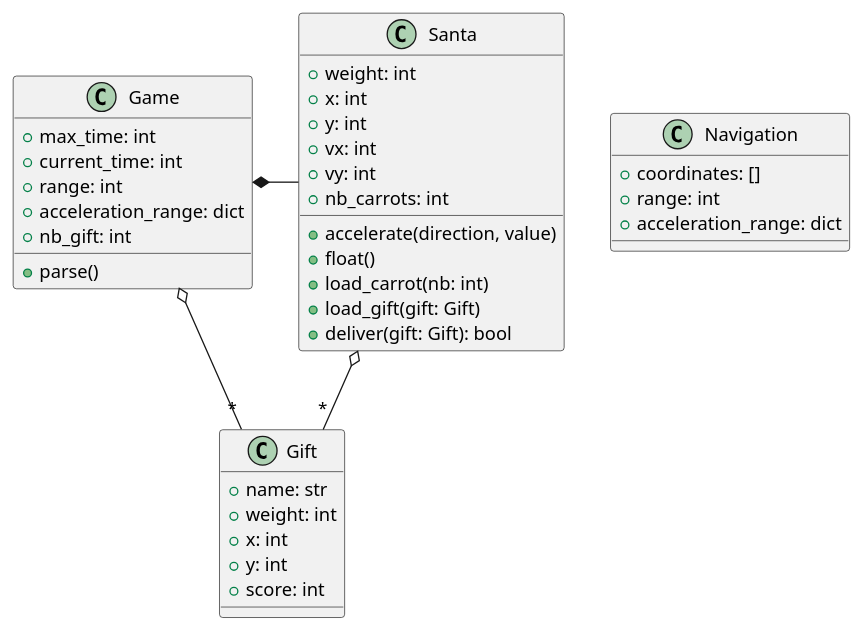
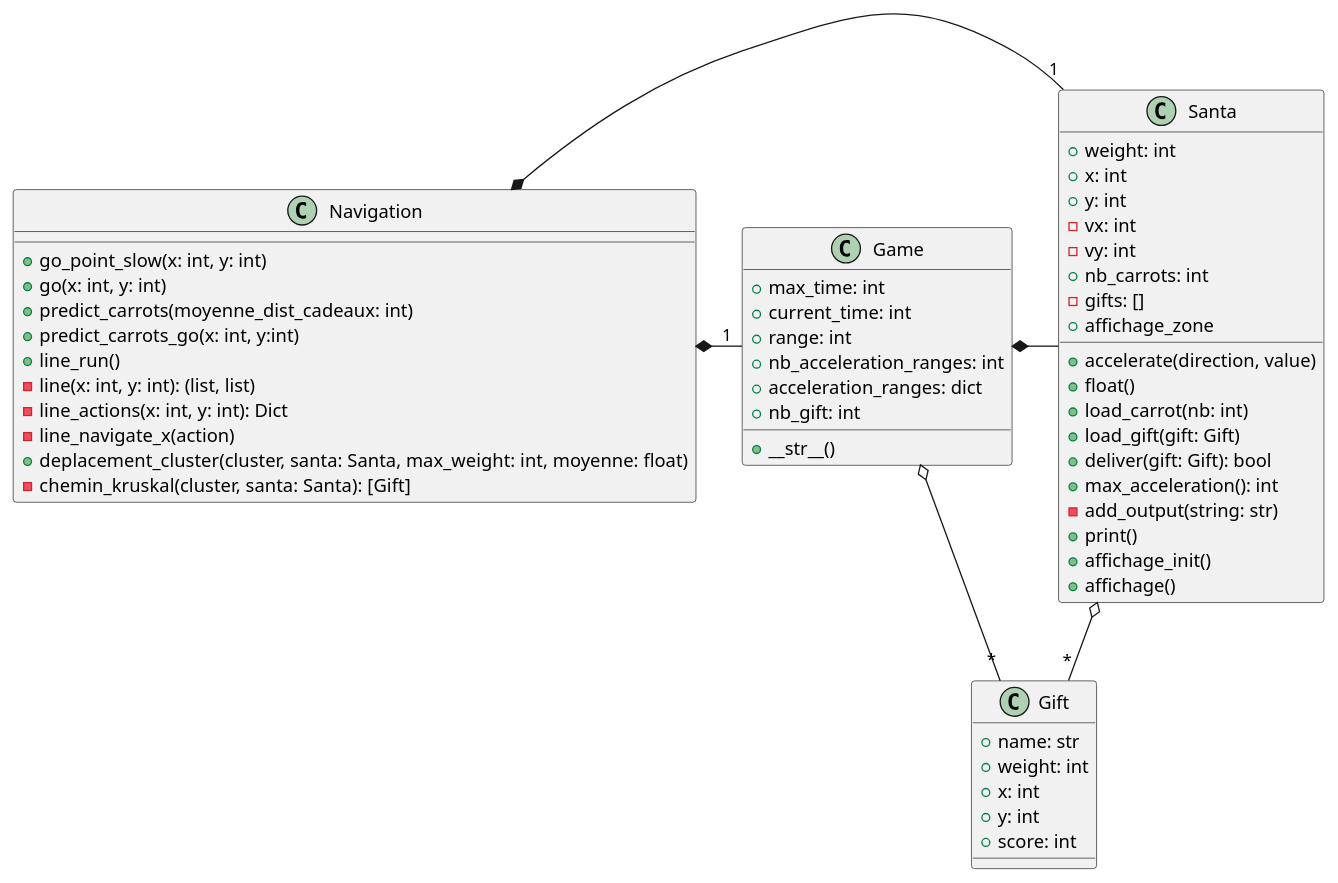
Before and after one commit to Aryissa/polyhash_google_chall: the diagram in diagramm.puml, drawn with PlantUML.

Commit message:
Mise a jour avec les derniere classes

```diff
--- a/diagramm.puml
+++ b/diagramm.puml
@@ -1,42 +1,59 @@
 @startuml
 class Game {
     + max_time: int
     + current_time: int
     + range: int
-    + acceleration_range: dict
+    + nb_acceleration_ranges: int
+    + acceleration_ranges: dict
     + nb_gift: int
-    + parse()
+    + __str__()
 }
 
 class Santa {
     + weight: int
     + x: int
     + y: int
-    + vx: int
-    + vy: int
+    - vx: int
+    - vy: int
     + nb_carrots: int
+    - gifts: []
     + accelerate(direction, value)
     + float()
     + load_carrot(nb: int)
     + load_gift(gift: Gift)
     + deliver(gift: Gift): bool
+    + max_acceleration(): int
+    - add_output(string: str)
+    + print()
+    + affichage_init()
+    + affichage()
+    + affichage_zone
 }
 
 class Gift {
     + name: str
     + weight: int
     + x: int
     + y: int
     + score: int
 }
 
 class Navigation {
-    + coordinates: []
-    + range: int
-    + acceleration_range: dict
+    + go_point_slow(x: int, y: int)
+    + go(x: int, y: int)
+    + predict_carrots(moyenne_dist_cadeaux: int)
+    + predict_carrots_go(x: int, y:int)
+    + line_run()
+    - line(x: int, y: int): (list, list)
+    - line_actions(x: int, y: int): Dict
+    - line_navigate_x(action)
+    + deplacement_cluster(cluster, santa: Santa, max_weight: int, moyenne: float)
+    - chemin_kruskal(cluster, santa: Santa): [Gift]
 }
 
 Game o-- "*" Gift
 Santa o-- "*" Gift
 Game *- Santa
+Navigation *- "1" Santa
+Navigation *- "1" Game
 @enduml
```
